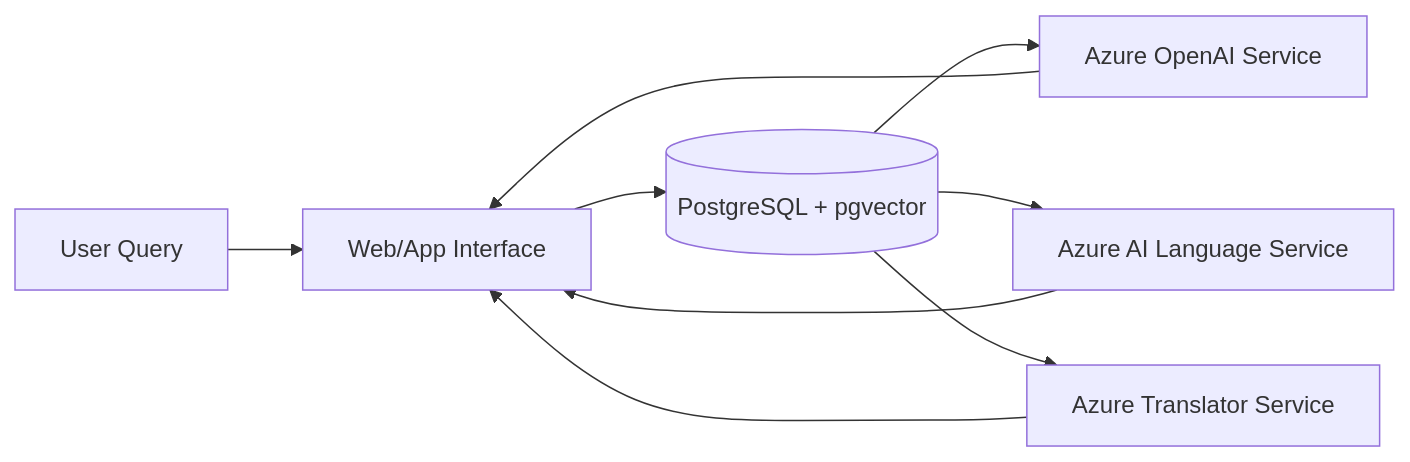
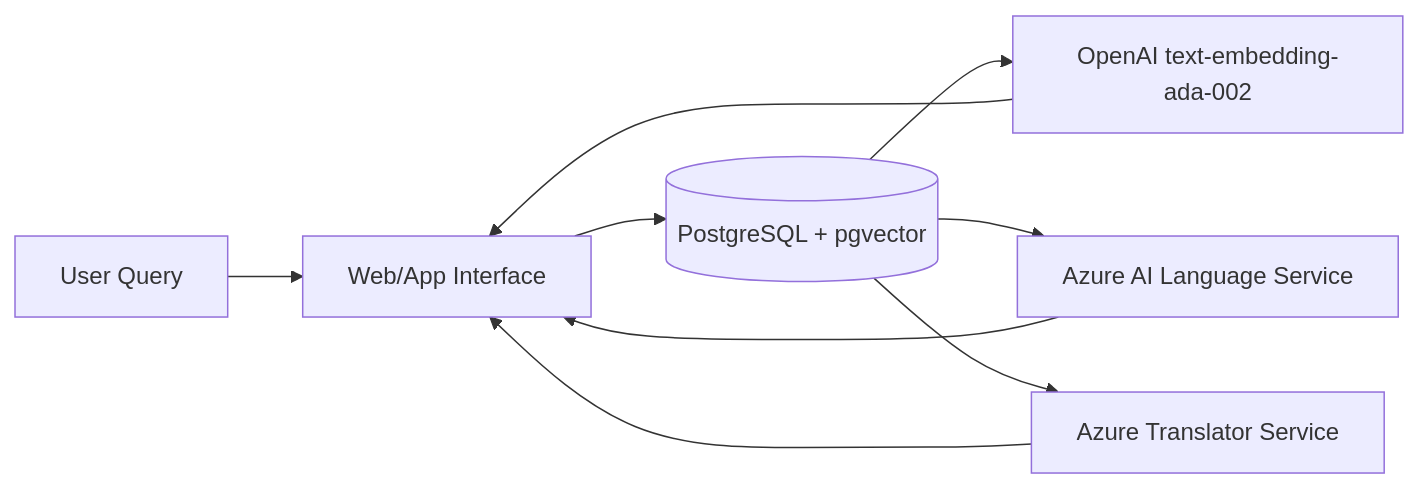
One commit to jeandjoseph/community changed the diagram in AI/postgresql/azureai-pgvector-demo/ReadMe.md. Above: the diagram before and after it, drawn with Mermaid.

````diff
--- a/AI/postgresql/azureai-pgvector-demo/ReadMe.md
+++ b/AI/postgresql/azureai-pgvector-demo/ReadMe.md
@@ -13,11 +13,11 @@
 ```mermaid
 flowchart LR
     User[User Query] --> UI[Web/App Interface]
     UI --> PG[(PostgreSQL + pgvector)]
-    PG --> AzureOpenAI[Azure OpenAI Service]
+    PG --> AzureOpenAI[OpenAI text-embedding-ada-002]
     PG --> AzureLanguage[Azure AI Language Service]
     PG --> AzureTranslator[Azure Translator Service]
     AzureOpenAI --> UI
     AzureLanguage --> UI
     AzureTranslator --> UI
 ```
````
